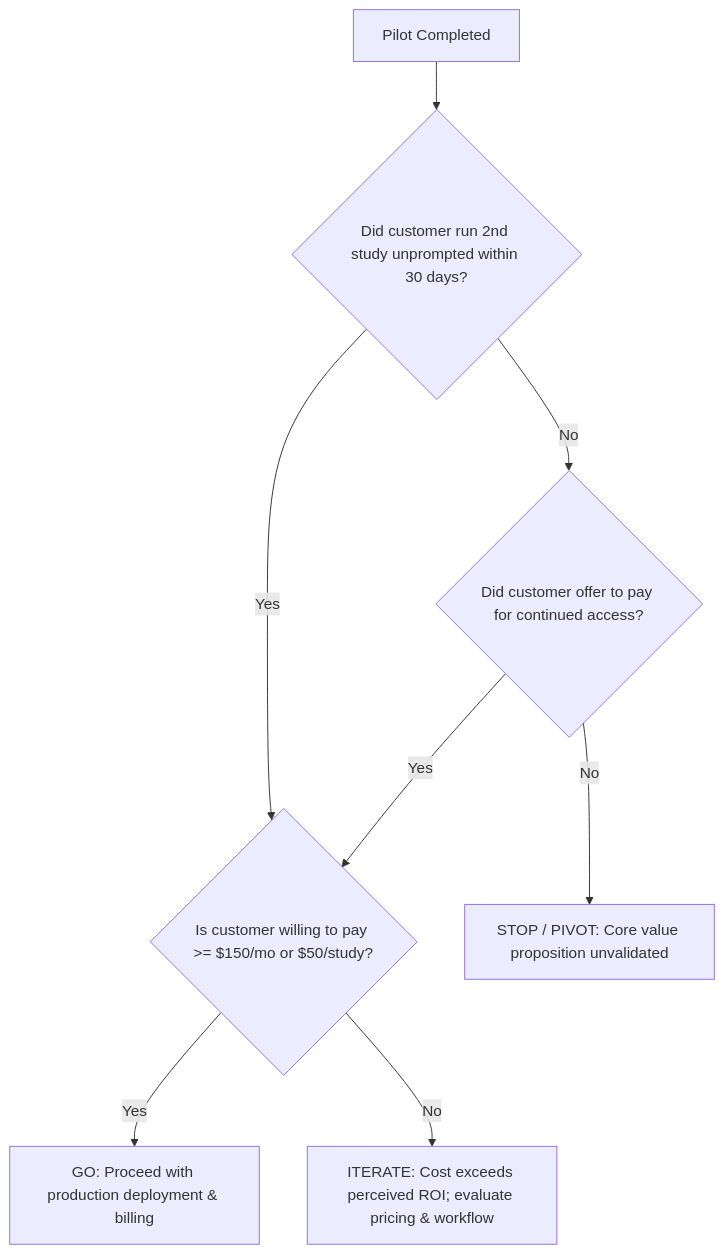
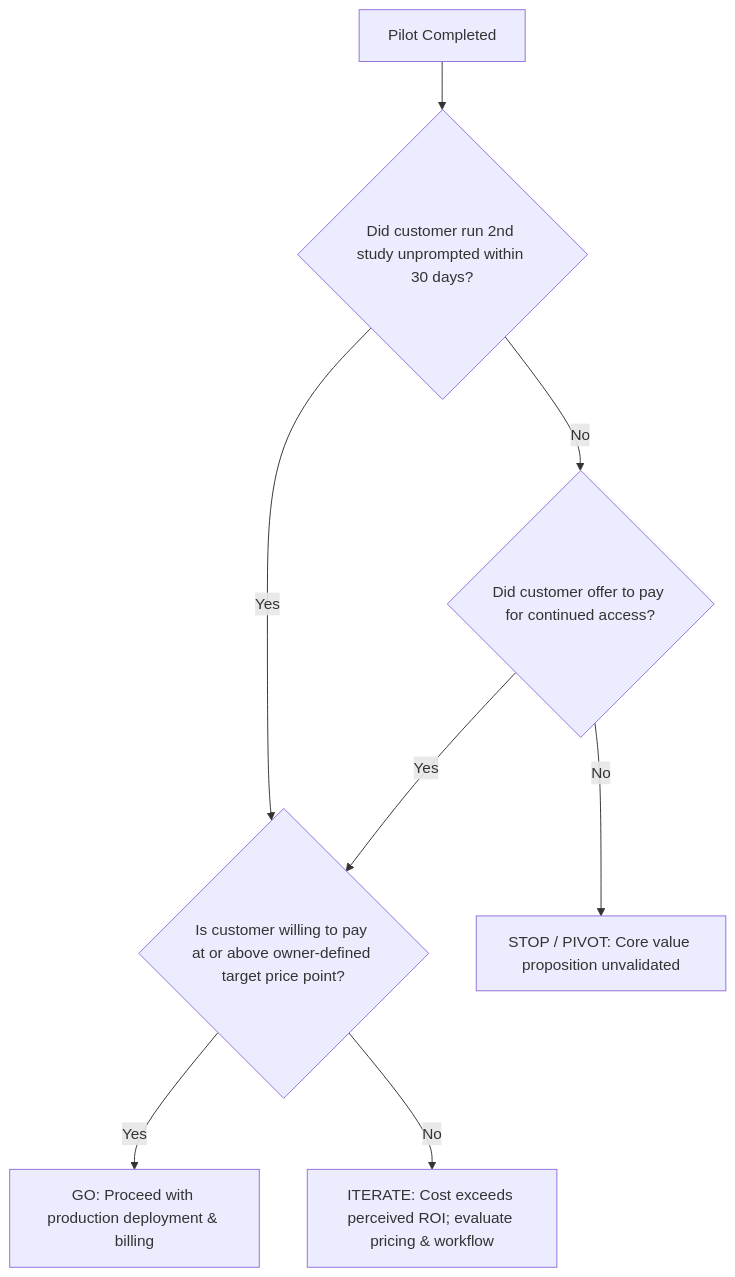
The second of 3 diagrams in docs/private-pilot-playbook.md (seajhawk/jams), drawn with Mermaid before and after one commit. The commit also changed other lines of this file and 1 other file, not shown here.

````diff
--- a/docs/private-pilot-playbook.md
+++ b/docs/private-pilot-playbook.md
@@ -183,10 +182,10 @@
 ```mermaid
 flowchart TD
     A[Pilot Completed] --> B{Did customer run 2nd study unprompted within 30 days?}
     B -- No --> C{Did customer offer to pay for continued access?}
-    B -- Yes --> D{Is customer willing to pay >= $150/mo or $50/study?}
+    B -- Yes --> D{Is customer willing to pay at or above owner-defined target price point?}
     C -- No --> E[STOP / PIVOT: Core value proposition unvalidated]
     C -- Yes --> D
     D -- Yes --> F[GO: Proceed with production deployment & billing]
     D -- No --> G[ITERATE: Cost exceeds perceived ROI; evaluate pricing & workflow]
 ```
````
